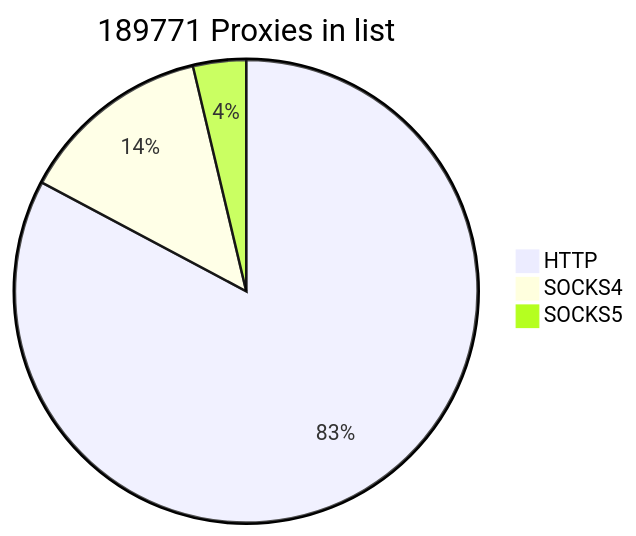
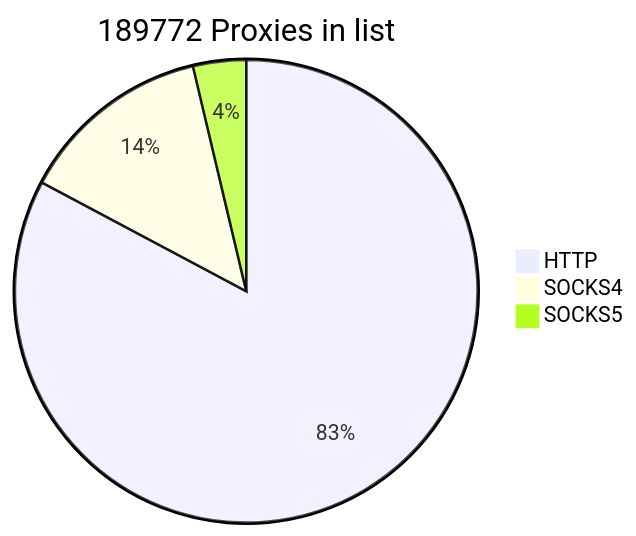
One commit to cutipu/proxylist changed the first of 2 diagrams in README.md. Above: the diagram before and after it, drawn with Mermaid. The commit also changed other lines of this file, not shown here.

````diff
--- a/README.md
+++ b/README.md
@@ -2,7 +2,7 @@
 ```mermaid
-pie title 189771 Proxies in list
+pie title 189772 Proxies in list
     "HTTP" : 157099
-    "SOCKS4" : 25644
+    "SOCKS4" : 25645
     "SOCKS5" : 7028
             
 ```
````
